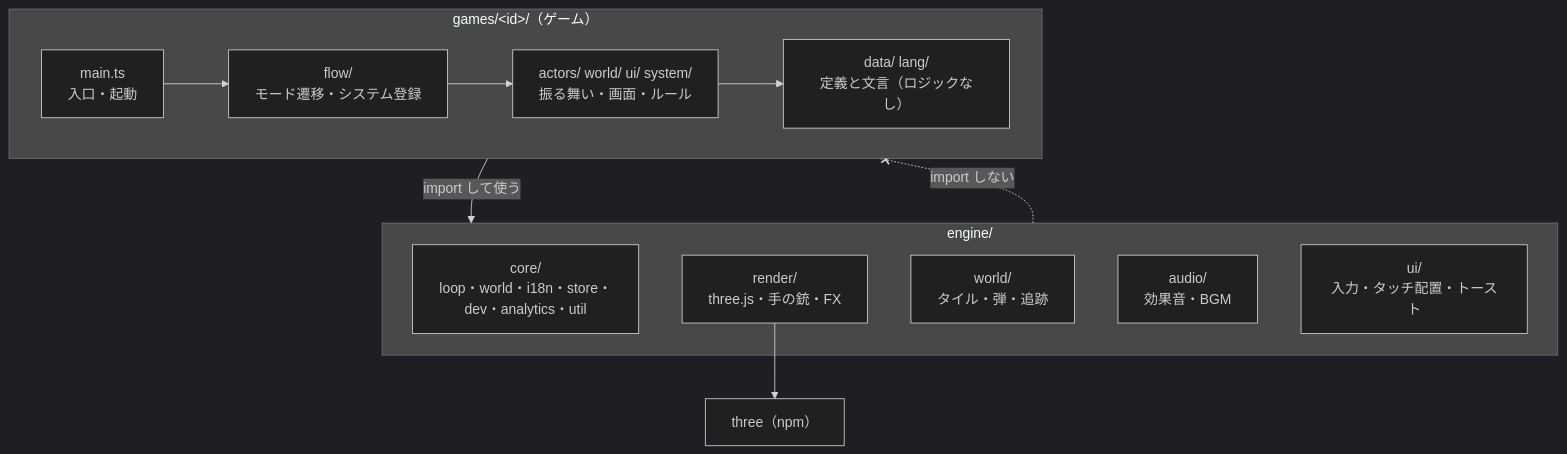
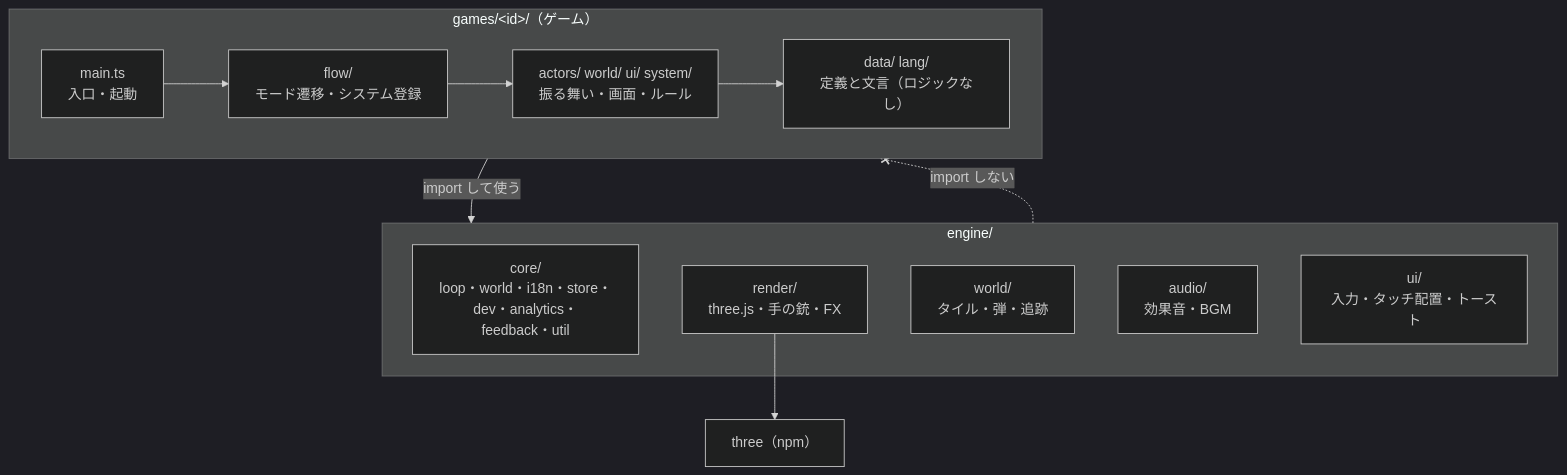
The first of 5 diagrams in engine/ARCHITECTURE.md (beatdjam/mini-games), drawn with Mermaid (dark theme) before and after one commit. The commit also changed 13 other files, not shown here.

````diff
--- a/engine/ARCHITECTURE.md
+++ b/engine/ARCHITECTURE.md
@@ -28,22 +28,22 @@
 ```mermaid
 flowchart TB
   subgraph GAME["games/&lt;id&gt;/（ゲーム）"]
     MAIN["main.ts<br/>入口・起動"]
     FLOW["flow/<br/>モード遷移・システム登録"]
     ACT["actors/ world/ ui/ system/<br/>振る舞い・画面・ルール"]
     DATA["data/ lang/<br/>定義と文言（ロジックなし）"]
   end
   subgraph ENGINE["engine/"]
-    CORE["core/<br/>loop・world・i18n・store・dev・analytics・util"]
+    CORE["core/<br/>loop・world・i18n・store・dev・analytics・feedback・util"]
     REND["render/<br/>three.js・手の銃・FX"]
     WORLD["world/<br/>タイル・弾・追跡"]
     AUD["audio/<br/>効果音・BGM"]
     UI["ui/<br/>入力・タッチ配置・トースト"]
   end
   THREE["three（npm）"]
 
   MAIN --> FLOW --> ACT --> DATA
   GAME -- "import して使う" --> ENGINE
   ENGINE -. "import しない" .-x GAME
   REND --> THREE
 ```
````
